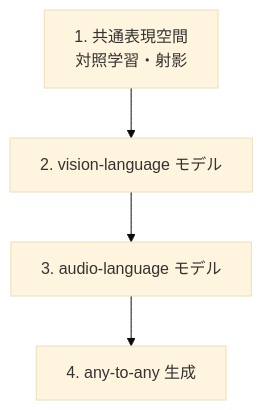
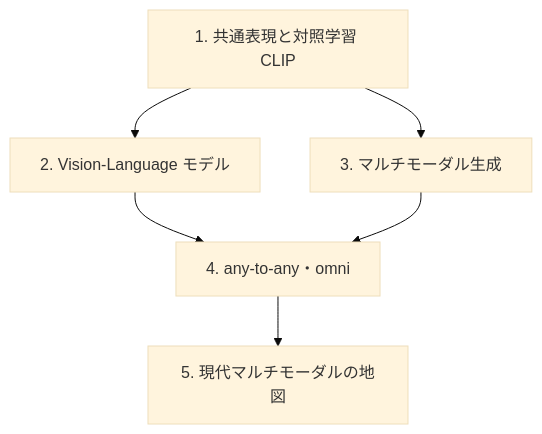
One commit to ksterx/textbook changed the diagram in src/pages/multimodal/index.md. Above: the diagram before and after it, drawn with Mermaid (base theme). The commit also changed other lines of this file and 16 other files, not shown here.

````diff
--- a/src/pages/multimodal/index.md
+++ b/src/pages/multimodal/index.md
@@ -26,6 +27,8 @@
 ```mermaid
 flowchart TD
-  C1[1. 共通表現空間<br/>対照学習・射影] --> C2[2. vision-language モデル]
-  C2 --> C3[3. audio-language モデル]
-  C3 --> C4[4. any-to-any 生成]
+  C1[1. 共通表現と対照学習 CLIP] --> C2[2. Vision-Language モデル]
+  C1 --> C3[3. マルチモーダル生成]
+  C2 --> C4[4. any-to-any・omni]
+  C3 --> C4
+  C4 --> C5[5. 現代マルチモーダルの地図]
 ```
````
